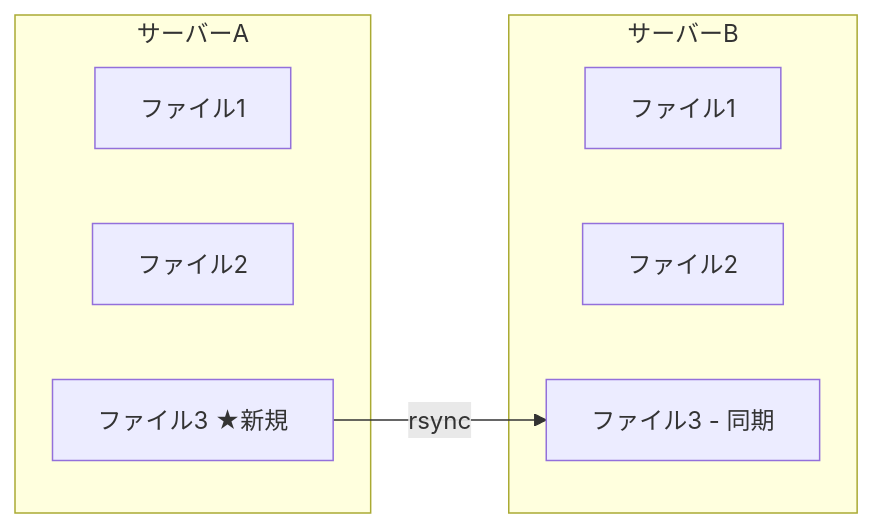
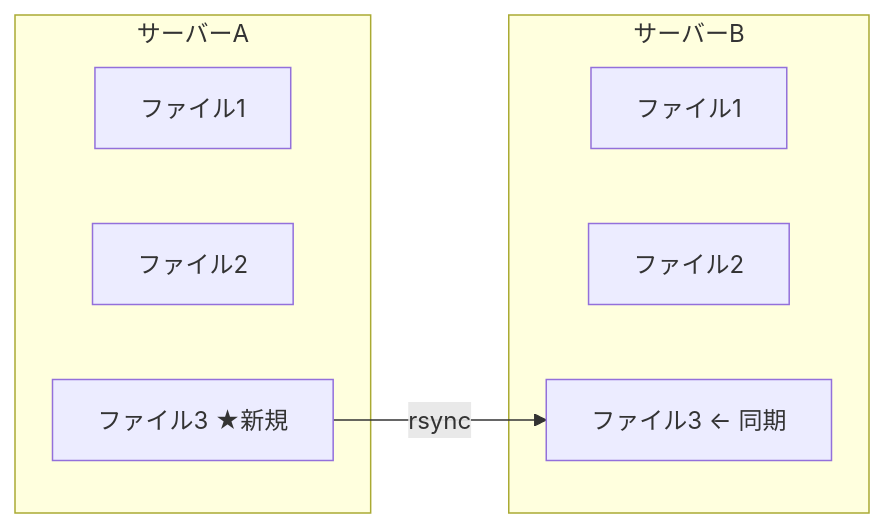
Diagram 19 of 20 in training/basics.md (x86-unix/docs), drawn with Mermaid before and after one commit. The commit also changed other lines of this file, not shown here.

````diff
--- a/training/basics.md
+++ b/training/basics.md
@@ -2690,14 +1741,14 @@
 ```mermaid
 graph LR
     subgraph "サーバーA"
         A1[ファイル1]
         A2[ファイル2]
-        A3[ファイル3 ★新規]
+        A3["ファイル3 ★新規"]
     end
     subgraph "サーバーB"
         B1[ファイル1]
         B2[ファイル2]
-        B3[ファイル3 - 同期]
+        B3["ファイル3 ← 同期"]
     end
     A3 -->|rsync| B3
 ```
````
